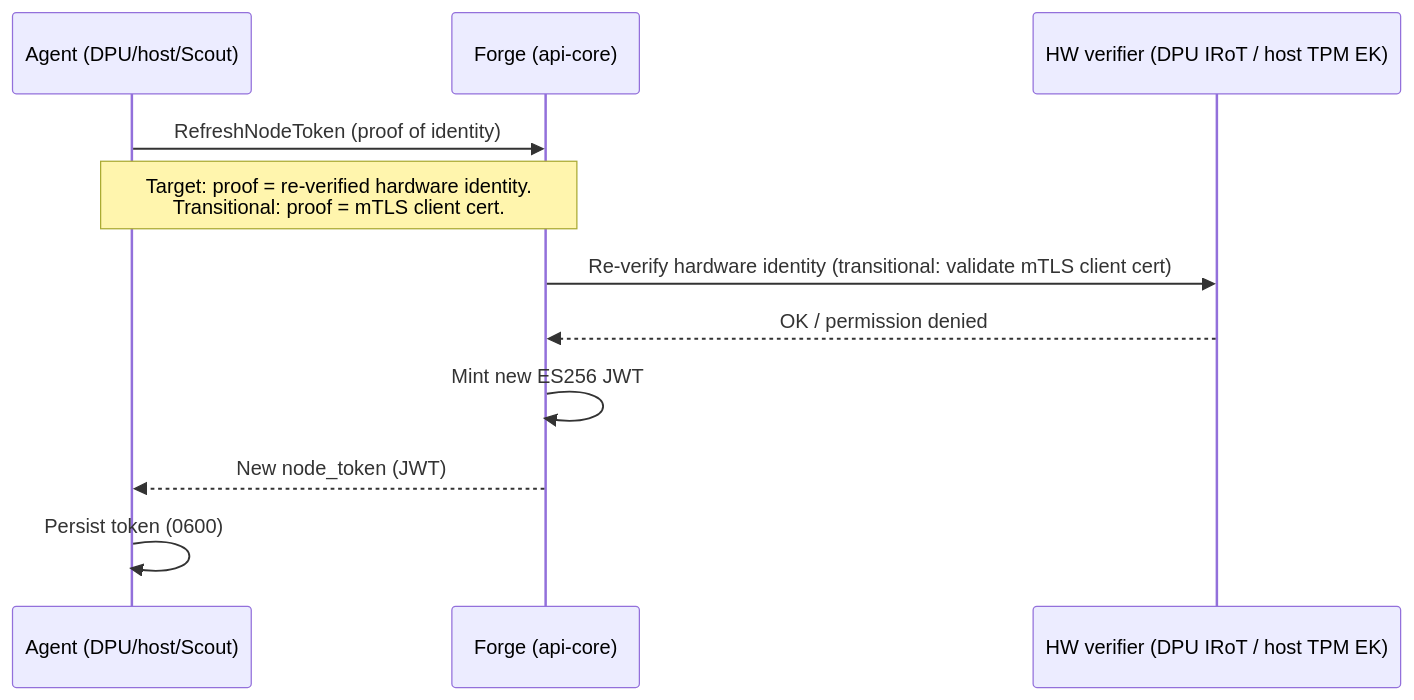
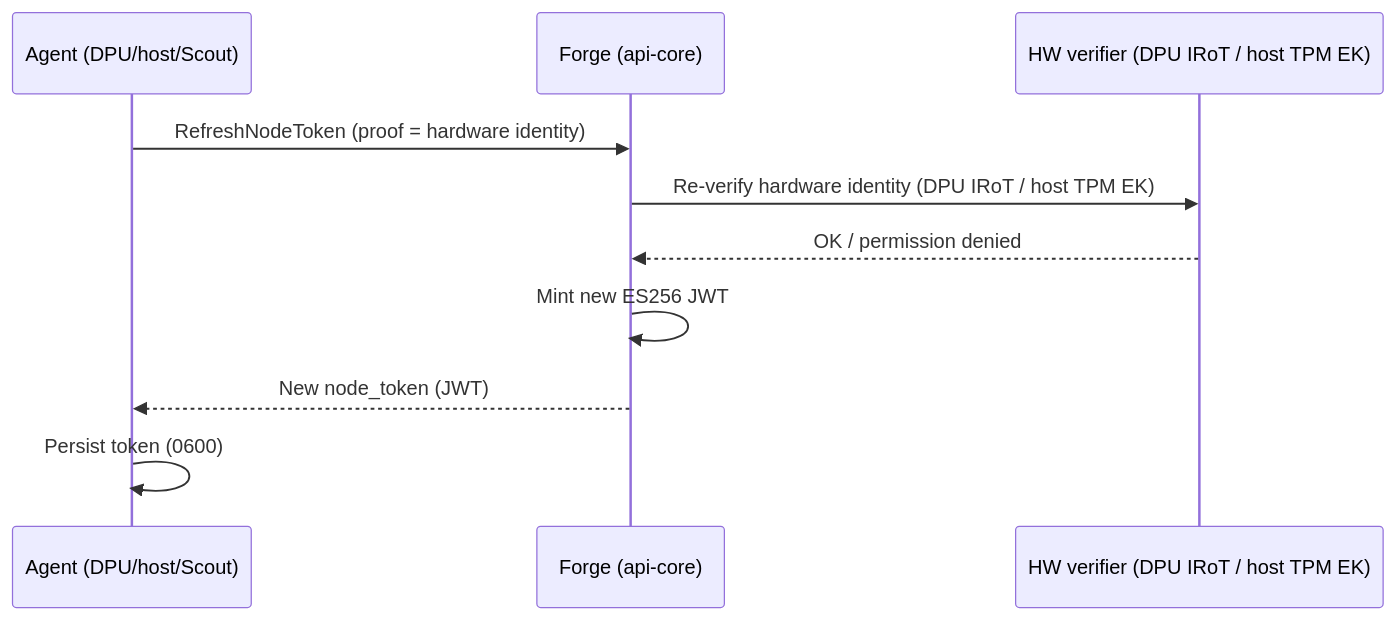
Before and after one commit to NVIDIA/bare-metal-manager-core: the second of 2 diagrams in docs/design/eliminate-vault-dependency-design.md, drawn with Mermaid. The commit also changed other lines of this file, not shown here.

First line of the commit message:
docs(design): describe the epic end state, not the transitional code

````diff
--- a/docs/design/eliminate-vault-dependency-design.md
+++ b/docs/design/eliminate-vault-dependency-design.md
@@ -246,13 +247,12 @@
 ```mermaid
 sequenceDiagram
     participant A as Agent (DPU/host/Scout)
     participant F as Forge (api-core)
     participant HW as HW verifier (DPU IRoT / host TPM EK)
-    A->>F: RefreshNodeToken (proof of identity)
-    Note over A,F: Target: proof = re-verified hardware identity.<br/>Transitional: proof = mTLS client cert.
-    F->>HW: Re-verify hardware identity (transitional: validate mTLS client cert)
+    A->>F: RefreshNodeToken (proof = hardware identity)
+    F->>HW: Re-verify hardware identity (DPU IRoT / host TPM EK)
     HW-->>F: OK / permission denied
     F->>F: Mint new ES256 JWT
     F-->>A: New node_token (JWT)
     A->>A: Persist token (0600)
 ```
````
